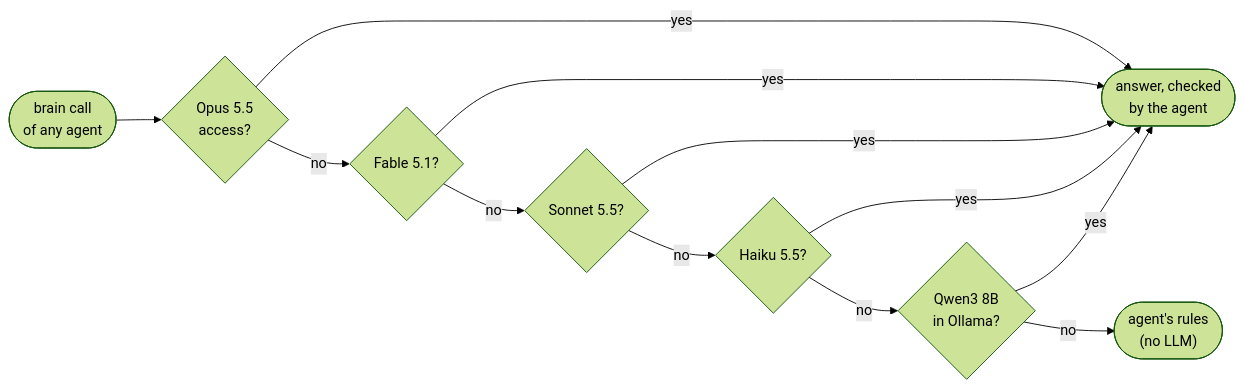
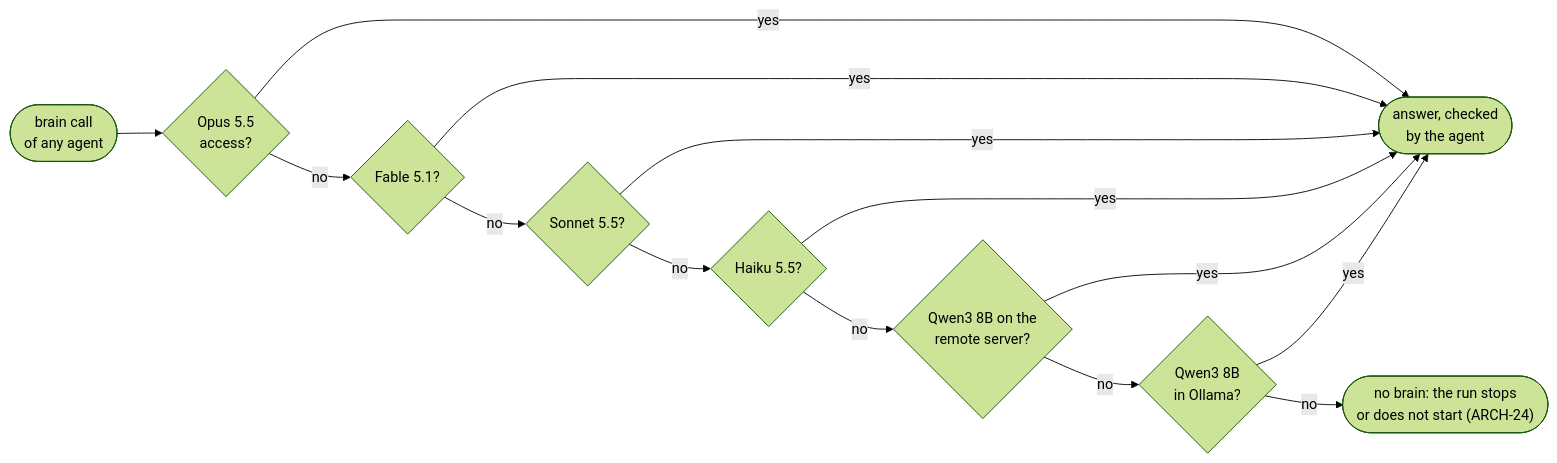
The seventh of 12 diagrams in Docs/ORCHESTRATION.md (bharatd03/Unittest), drawn with Mermaid (forest theme) before and after one commit. The commit also changed other lines of this file and 12 other files, not shown here.

Commit message:
BaseAgent: Qwen on the remote server before the local Ollama (qwen_remote); key only in QWEN_REMOTE_API_KEY

````diff
--- a/Docs/ORCHESTRATION.md
+++ b/Docs/ORCHESTRATION.md
@@ -249,14 +250,16 @@
 ```mermaid
 flowchart LR
     call(["brain call<br/>of any agent"]) --> o{"Opus 5.5<br/>access?"}
     o -- yes --> ans(["answer, checked<br/>by the agent"])
     o -- no --> f{"Fable 5.1?"}
     f -- yes --> ans
     f -- no --> s{"Sonnet 5.5?"}
     s -- yes --> ans
     s -- no --> h{"Haiku 5.5?"}
     h -- yes --> ans
-    h -- no --> q{"Qwen3 8B<br/>in Ollama?"}
+    h -- no --> r{"Qwen3 8B on the<br/>remote server?"}
+    r -- yes --> ans
+    r -- no --> q{"Qwen3 8B<br/>in Ollama?"}
     q -- yes --> ans
-    q -- no --> rules(["agent's rules<br/>(no LLM)"])
+    q -- no --> stop(["no brain: the run stops<br/>or does not start (ARCH-24)"])
 ```
````
